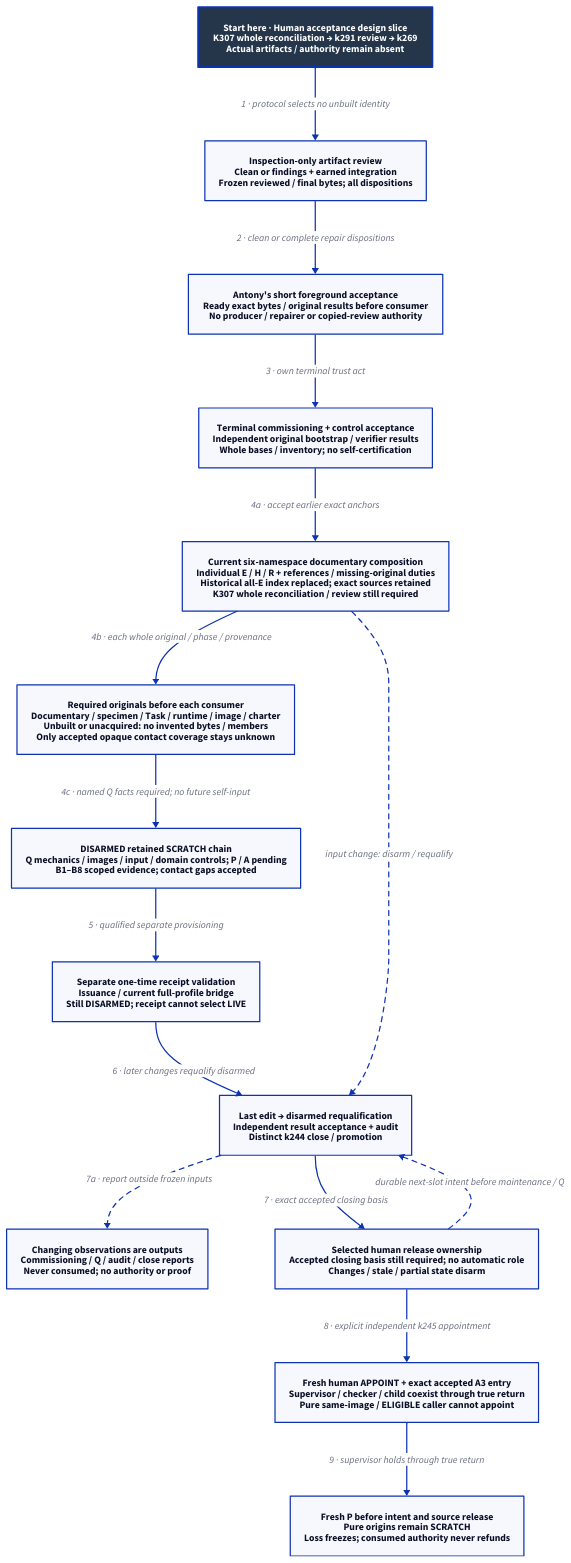
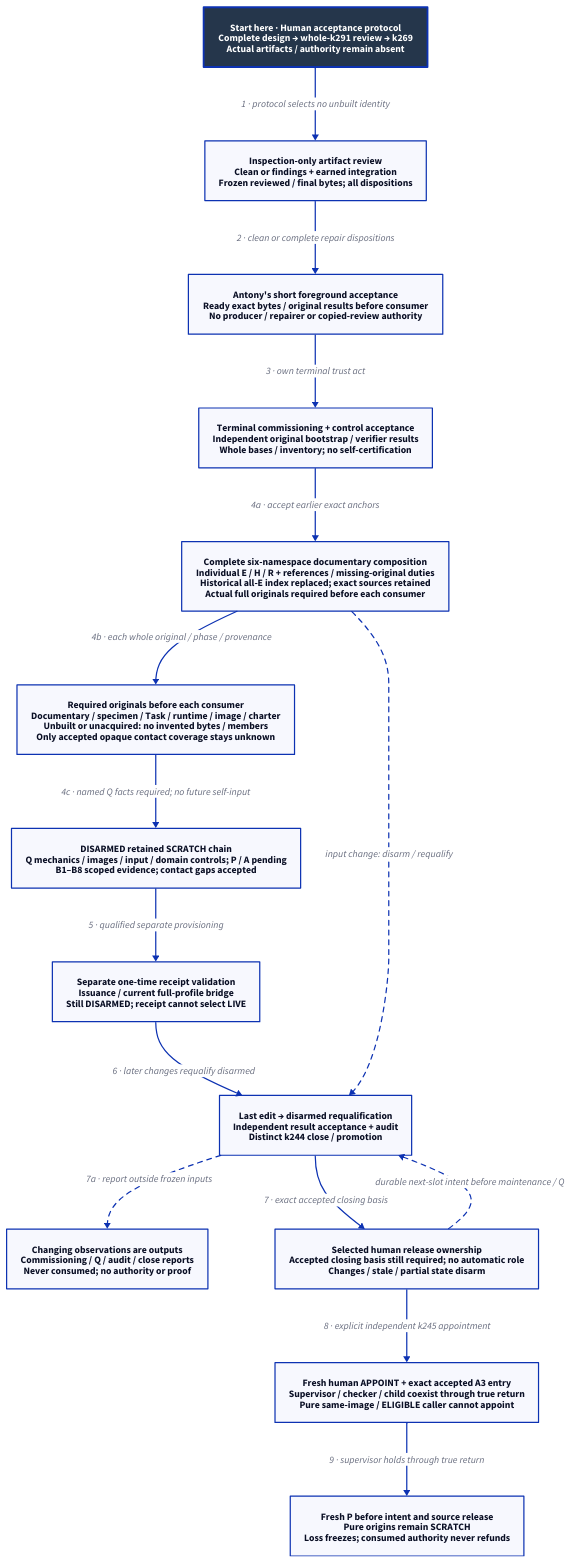
Before and after one commit to Linkuistics/Koine: the diagram in docs/design/architecture/native-reference-proof.d2, drawn with D2. The commit also changed 21 other files, not shown here.

```diff
--- a/docs/design/architecture/native-reference-proof.d2
+++ b/docs/design/architecture/native-reference-proof.d2
@@ -1,32 +1,32 @@
 # Proposed dependency flow; root, tools and controls remain unqualified.
 direction: down
 classes: {
   start: {style: {fill: "#25364B"; font-color: "#FFFFFF"; bold: true; stroke-width: 3}}
 }
-Start: "Start here · Human acceptance design slice\nK307 whole reconciliation → k291 review → k269\nActual artifacts / authority remain absent" {class: start}
+Start: "Start here · Human acceptance protocol\nComplete design → whole-k291 review → k269\nActual artifacts / authority remain absent" {class: start}
 Review: "Inspection-only artifact review\nClean or findings + earned integration\nFrozen reviewed / final bytes; all dispositions"
 Owner: "Antony's short foreground acceptance\nReady exact bytes / original results before consumer\nNo producer / repairer or copied-review authority"
 Self: "Terminal commissioning + control acceptance\nIndependent original bootstrap / verifier results\nWhole bases / inventory; no self-certification"
 Qualification: "DISARMED retained SCRATCH chain\nQ mechanics / images / input / domain controls; P / A pending\nB1–B8 scoped evidence; contact gaps accepted"
-Inputs: "Current six-namespace documentary composition\nIndividual E / H / R + references / missing-original duties\nHistorical all-E index replaced; exact sources retained\nK307 whole reconciliation / review still required"
+Inputs: "Complete six-namespace documentary composition\nIndividual E / H / R + references / missing-original duties\nHistorical all-E index replaced; exact sources retained\nActual full originals required before each consumer"
 Bases: "Required originals before each consumer\nDocumentary / specimen / Task / runtime / image / charter\nUnbuilt or unacquired: no invented bytes / members\nOnly accepted opaque contact coverage stays unknown"
 Report: "Changing observations are outputs\nCommissioning / Q / audit / close reports\nNever consumed; no authority or proof"
 Receipt: "Separate one-time receipt validation\nIssuance / current full-profile bridge\nStill DISARMED; receipt cannot select LIVE"
 Final: "Last edit → disarmed requalification\nIndependent result acceptance + audit\nDistinct k244 close / promotion"
 Release: "Selected human release ownership\nAccepted closing basis still required; no automatic role\nChanges / stale / partial state disarm"
 Channel: "Fresh human APPOINT + exact accepted A3 entry\nSupervisor / checker / child coexist through true return\nPure same-image / ELIGIBLE caller cannot appoint"
 Boundary: "Fresh P before intent and source release\nPure origins remain SCRATCH\nLoss freezes; consumed authority never refunds"
 Start -> Review: "1 · protocol selects no unbuilt identity"
 Review -> Owner: "2 · clean or complete repair dispositions"
 Owner -> Self: "3 · own terminal trust act"
 Self -> Inputs: "4a · accept earlier exact anchors"
 Inputs -> Bases: "4b · each whole original / phase / provenance"
 Bases -> Qualification: "4c · named Q facts required; no future self-input"
 Qualification -> Receipt: "5 · qualified separate provisioning"
 Receipt -> Final: "6 · later changes requalify disarmed"
 Final -> Release: "7 · exact accepted closing basis"
 Final -> Report: "7a · report outside frozen inputs" {style.stroke-dash: 4}
 Inputs -> Final: "input change: disarm / requalify" {style.stroke-dash: 4}
 Release -> Final: "durable next-slot intent before maintenance / Q" {style.stroke-dash: 4}
 Release -> Channel: "8 · explicit independent k245 appointment"
 Channel -> Boundary: "9 · supervisor holds through true return"
```
